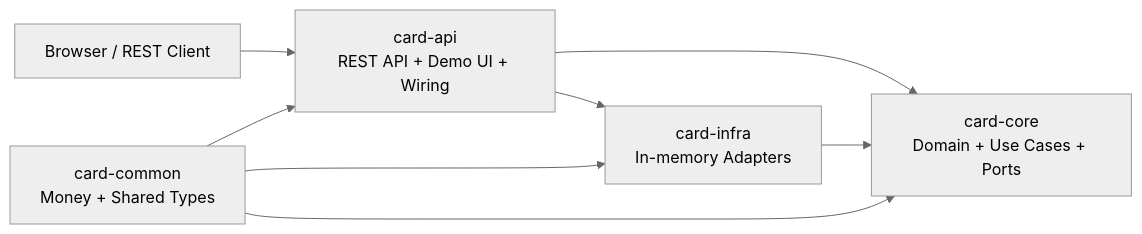
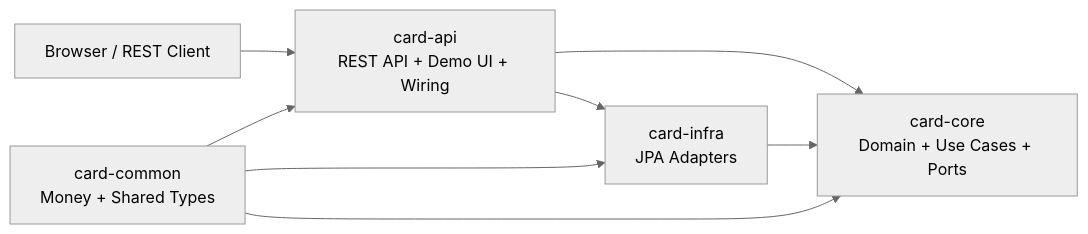
Before and after one commit to jean202/card-mizer: the diagram in README.md, drawn with Mermaid (neutral theme). The commit also changed other lines of this file and 52 other files, not shown here.

Commit message:
feat: JPA 영속성, 카드 실적 정책 API, OpenAPI 문서 추가

````diff
--- a/README.md
+++ b/README.md
@@ -28,10 +29,10 @@
 ```mermaid
 flowchart LR
     CLIENT["Browser / REST Client"] --> API["card-api<br/>REST API + Demo UI + Wiring"]
     API --> CORE["card-core<br/>Domain + Use Cases + Ports"]
-    API --> INFRA["card-infra<br/>In-memory Adapters"]
+    API --> INFRA["card-infra<br/>JPA Adapters"]
     INFRA --> CORE
     COMMON["card-common<br/>Money + Shared Types"] --> CORE
     COMMON --> API
     COMMON --> INFRA
 ```
````
